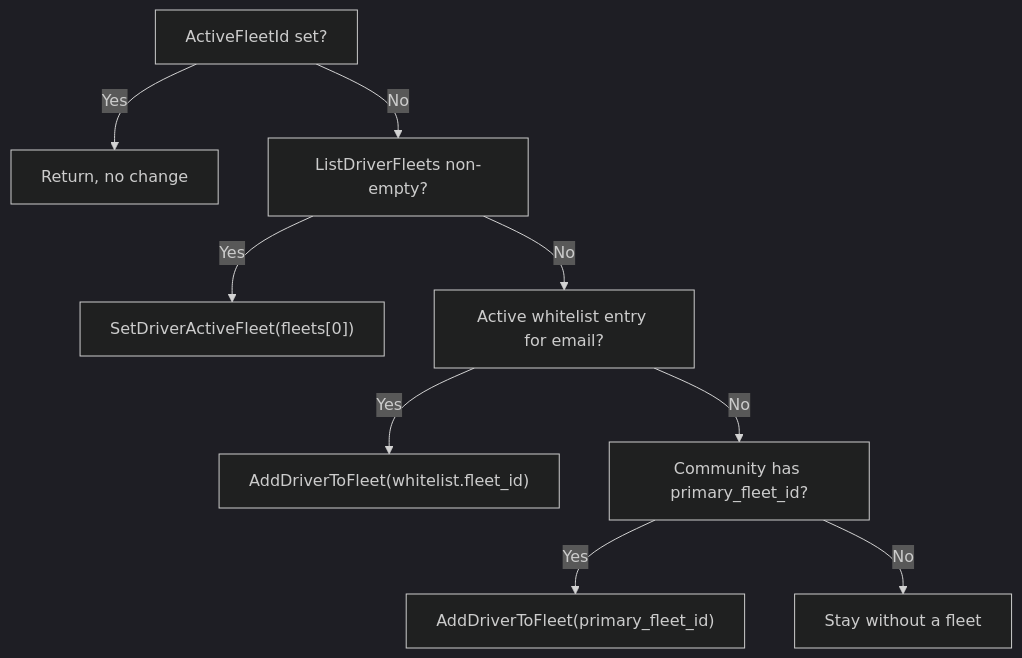
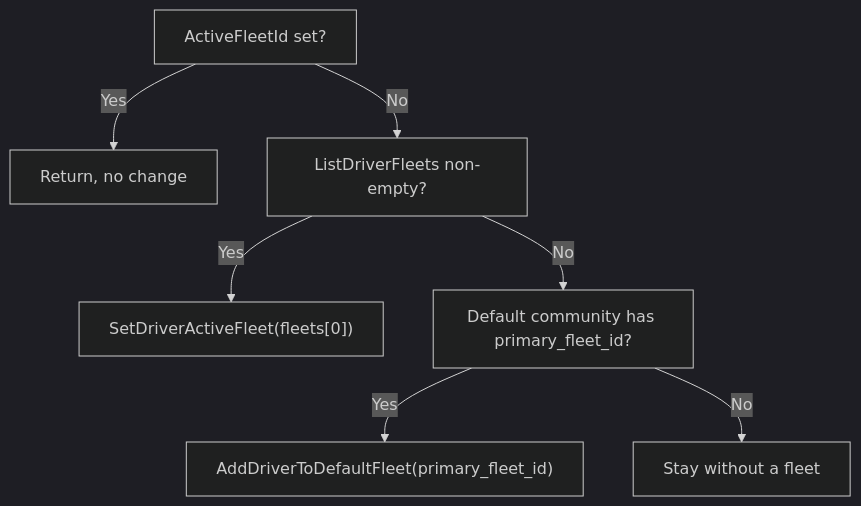
One commit to rideyelo/docs changed the diagram in engineering/fleets/membership-and-payout-routing.mdx. Above: the diagram before and after it, drawn with Mermaid (dark theme). The commit also changed other lines of this file and 186 other files, not shown here.

````diff
--- a/engineering/fleets/membership-and-payout-routing.mdx
+++ b/engineering/fleets/membership-and-payout-routing.mdx
@@ -67,11 +68,9 @@
 ```mermaid
 flowchart TD
   A["ActiveFleetId set?"] -->|Yes| Z["Return, no change"]
   A -->|No| B["ListDriverFleets non-empty?"]
   B -->|Yes| C["SetDriverActiveFleet(fleets[0])"]
-  B -->|No| D["Active whitelist entry for email?"]
-  D -->|Yes| E["AddDriverToFleet(whitelist.fleet_id)"]
-  D -->|No| F["Community has primary_fleet_id?"]
-  F -->|Yes| G["AddDriverToFleet(primary_fleet_id)"]
+  B -->|No| F["Default community has primary_fleet_id?"]
+  F -->|Yes| G["AddDriverToDefaultFleet(primary_fleet_id)"]
   F -->|No| H["Stay without a fleet"]
 ```
````
